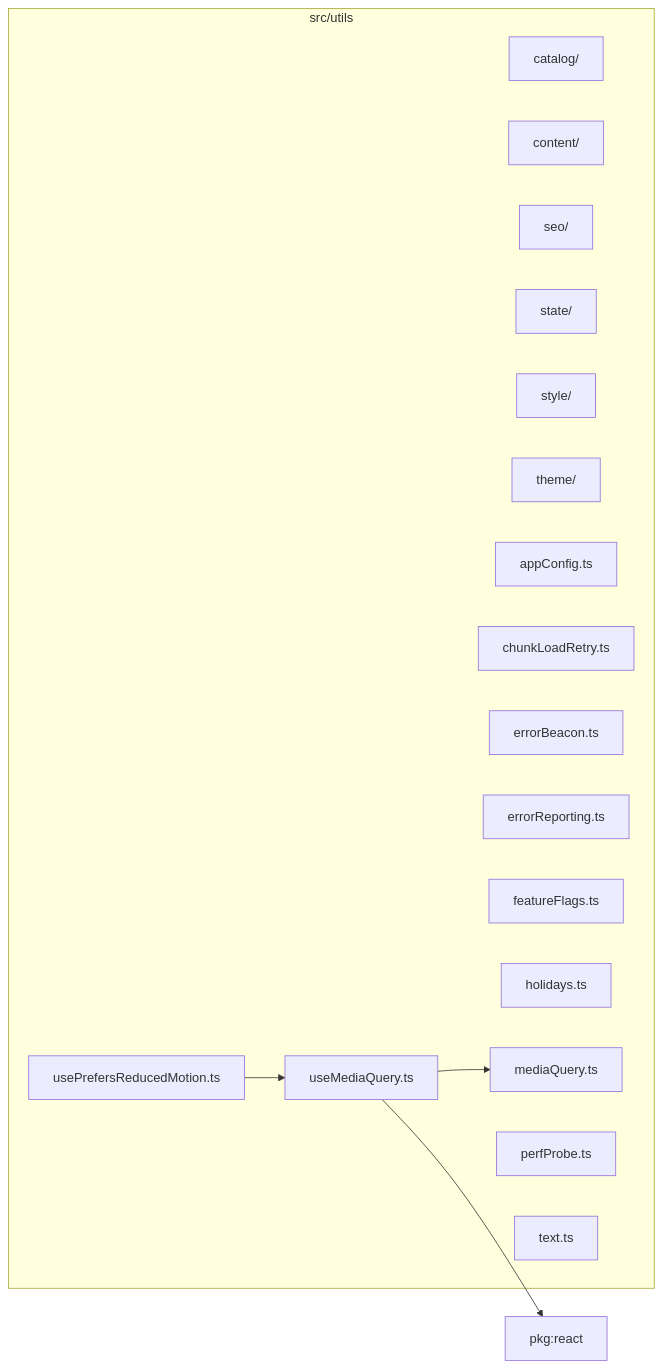
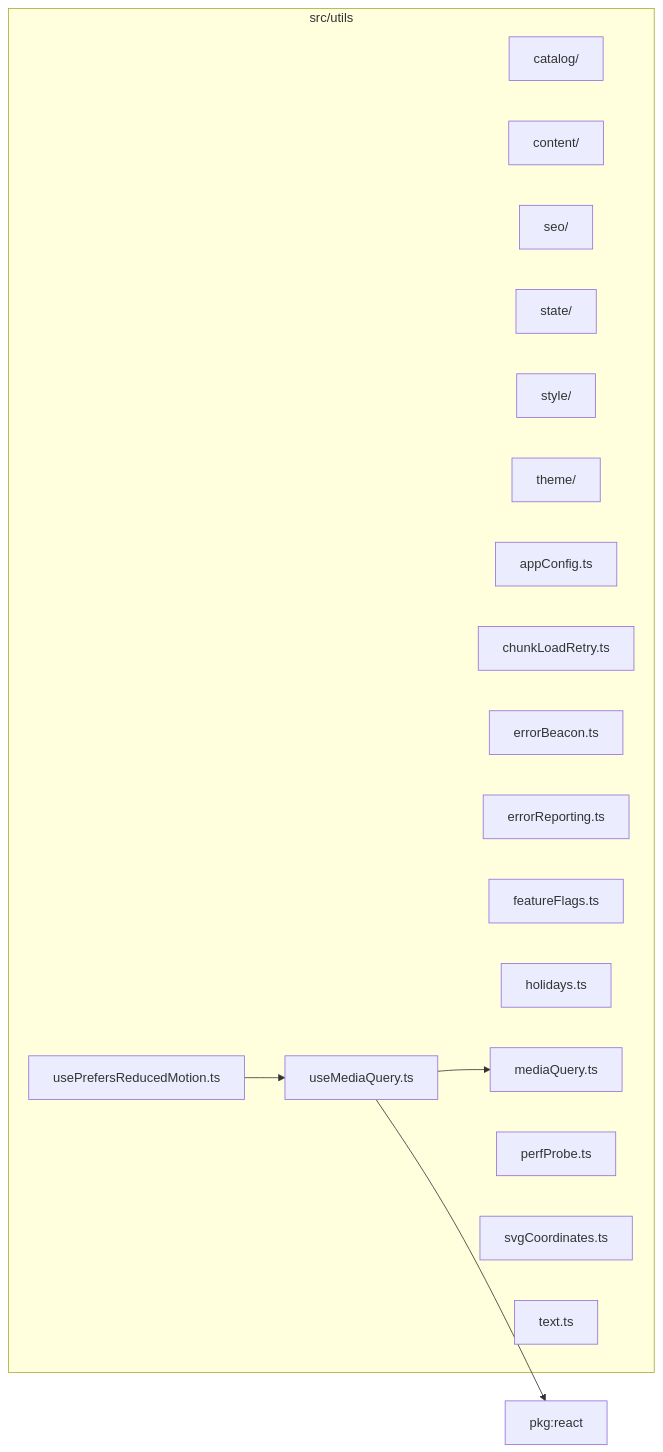
The diagram in src/utils/readme.md (ronbuening/LensVisualizer), drawn with Mermaid before and after one commit. The commit also changed other lines of this file and 11 other files, not shown here.

````diff
--- a/src/utils/readme.md
+++ b/src/utils/readme.md
@@ -9,26 +9,27 @@
 ```mermaid
 flowchart LR
   subgraph n_src_utils["src/utils"]
     n_src_utils_src_utils_catalog["catalog/"]
     n_src_utils_src_utils_content["content/"]
     n_src_utils_src_utils_seo["seo/"]
     n_src_utils_src_utils_state["state/"]
     n_src_utils_src_utils_style["style/"]
     n_src_utils_src_utils_theme["theme/"]
     n_src_utils_src_utils_appConfig_ts["appConfig.ts"]
     n_src_utils_src_utils_chunkLoadRetry_ts["chunkLoadRetry.ts"]
     n_src_utils_src_utils_errorBeacon_ts["errorBeacon.ts"]
     n_src_utils_src_utils_errorReporting_ts["errorReporting.ts"]
     n_src_utils_src_utils_featureFlags_ts["featureFlags.ts"]
     n_src_utils_src_utils_holidays_ts["holidays.ts"]
     n_src_utils_src_utils_mediaQuery_ts["mediaQuery.ts"]
     n_src_utils_src_utils_perfProbe_ts["perfProbe.ts"]
+    n_src_utils_src_utils_svgCoordinates_ts["svgCoordinates.ts"]
     n_src_utils_src_utils_text_ts["text.ts"]
     n_src_utils_src_utils_useMediaQuery_ts["useMediaQuery.ts"]
     n_src_utils_src_utils_usePrefersReducedMotion_ts["usePrefersReducedMotion.ts"]
   end
   n_external_pkg_react["pkg:react"]
   n_src_utils_src_utils_useMediaQuery_ts --> n_external_pkg_react
   n_src_utils_src_utils_useMediaQuery_ts --> n_src_utils_src_utils_mediaQuery_ts
   n_src_utils_src_utils_usePrefersReducedMotion_ts --> n_src_utils_src_utils_useMediaQuery_ts
 ```
````
